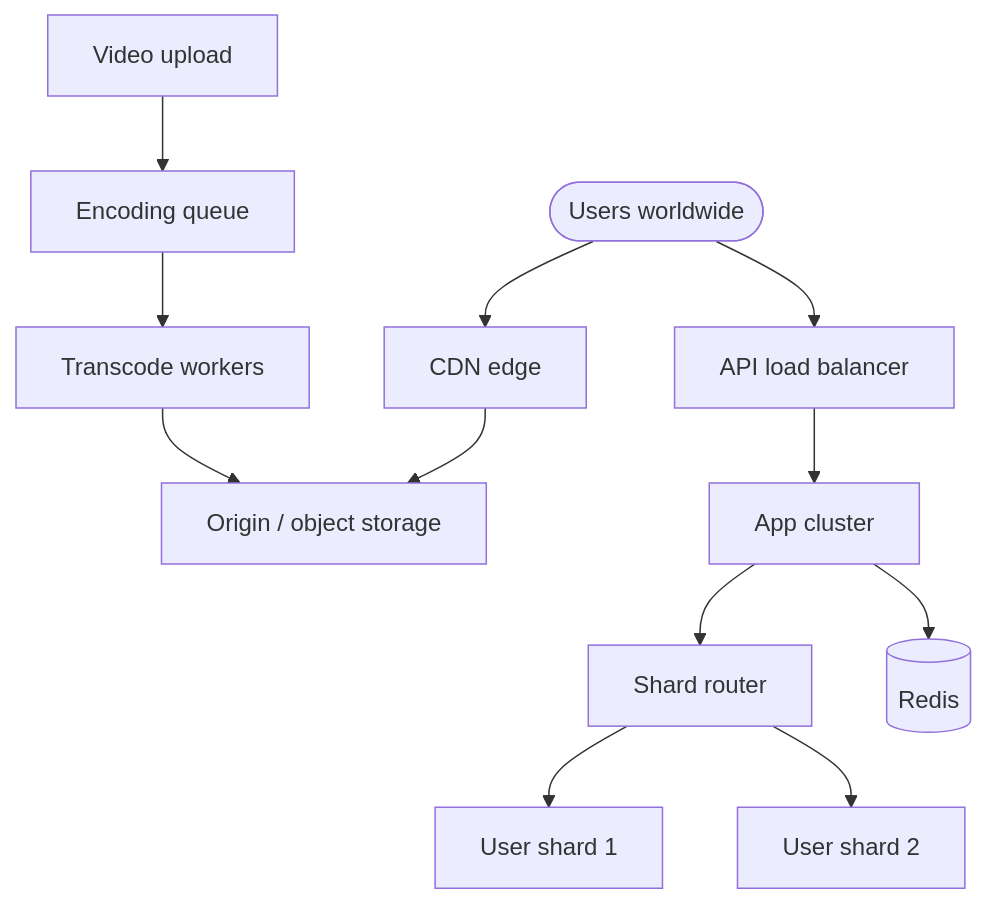
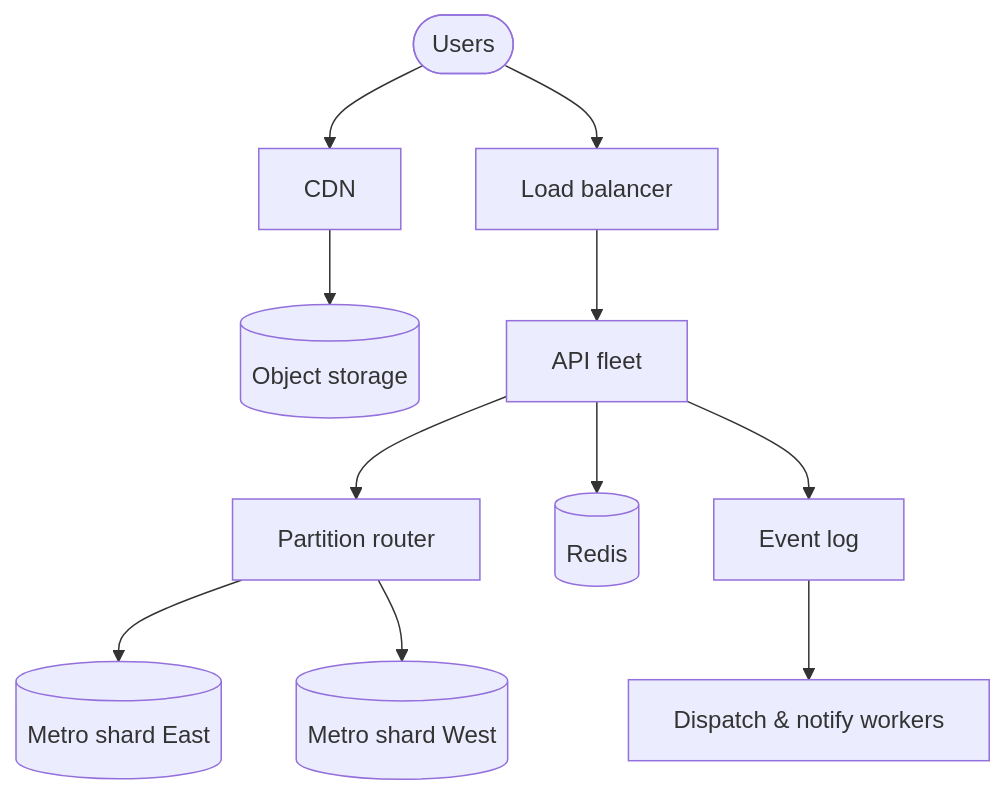
Before and after one commit to adnanrahin/adnanrahin.github.io: diagram 11 of 11 in _system_design/scalability.md, drawn with Mermaid. The commit also changed other lines of this file and 3 other files, not shown here.

````diff
--- a/_system_design/scalability.md
+++ b/_system_design/scalability.md
@@ -345,14 +320,13 @@
 ```mermaid
 flowchart TB
-    Users([Users worldwide]) --> CDN[CDN edge]
-    Users --> LB[API load balancer]
-    CDN --> Origin[Origin / object storage]
-    LB --> App[App cluster]
-    App --> Router[Shard router]
-    Router --> S1[User shard 1]
-    Router --> S2[User shard 2]
-    App --> Redis[(Redis)]
-    Upload[Video upload] --> Queue[Encoding queue]
-    Queue --> Workers[Transcode workers]
-    Workers --> Origin
+    Diners([Users]) --> CDN[CDN]
+    Diners --> LB[Load balancer]
+    CDN --> Object[(Object storage)]
+    LB --> API[API fleet]
+    API --> Router[Partition router]
+    Router --> DB1[(Metro shard East)]
+    Router --> DB2[(Metro shard West)]
+    API --> Redis[(Redis)]
+    API --> Kafka[Event log]
+    Kafka --> Workers[Dispatch & notify workers]
 ```
````
